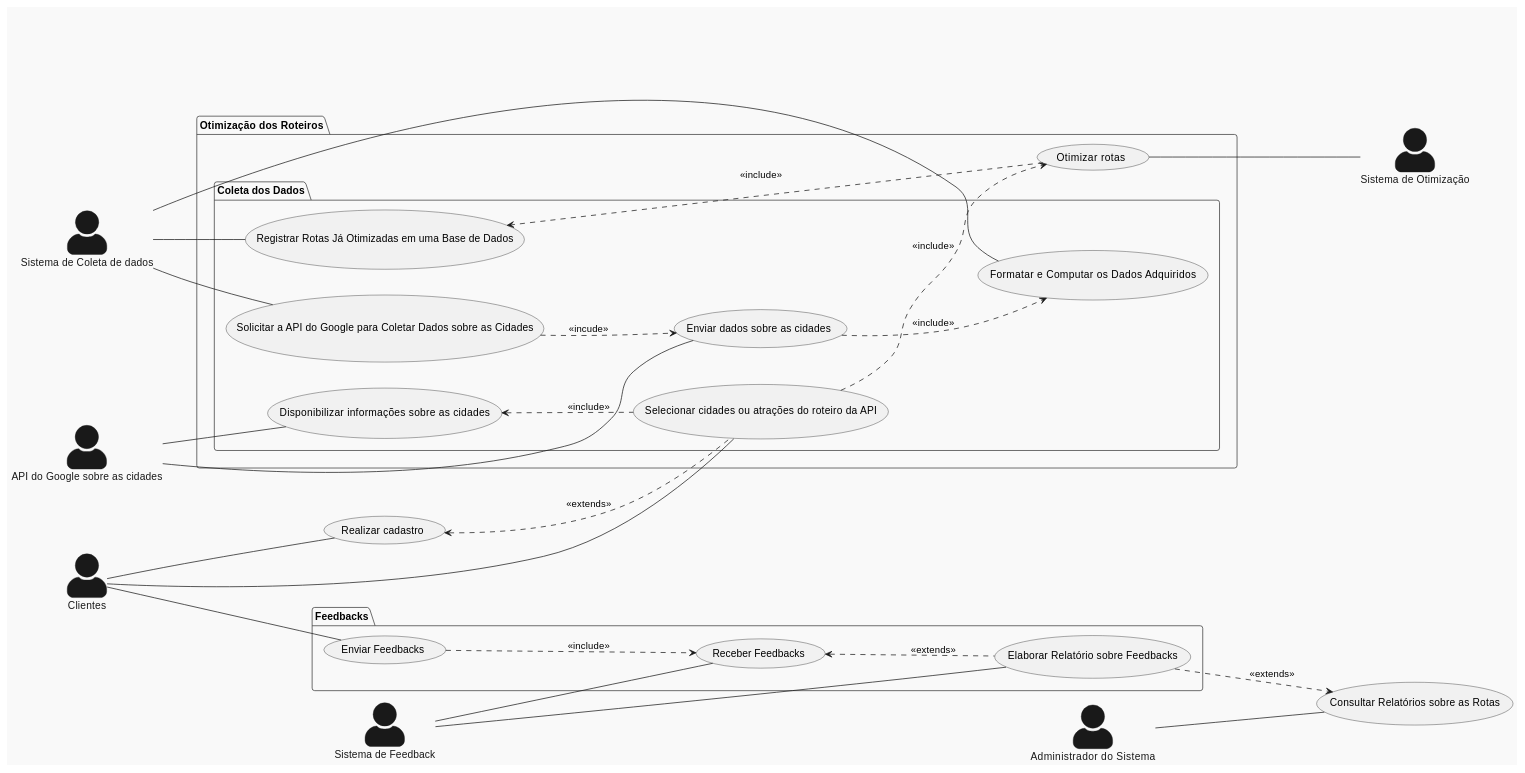
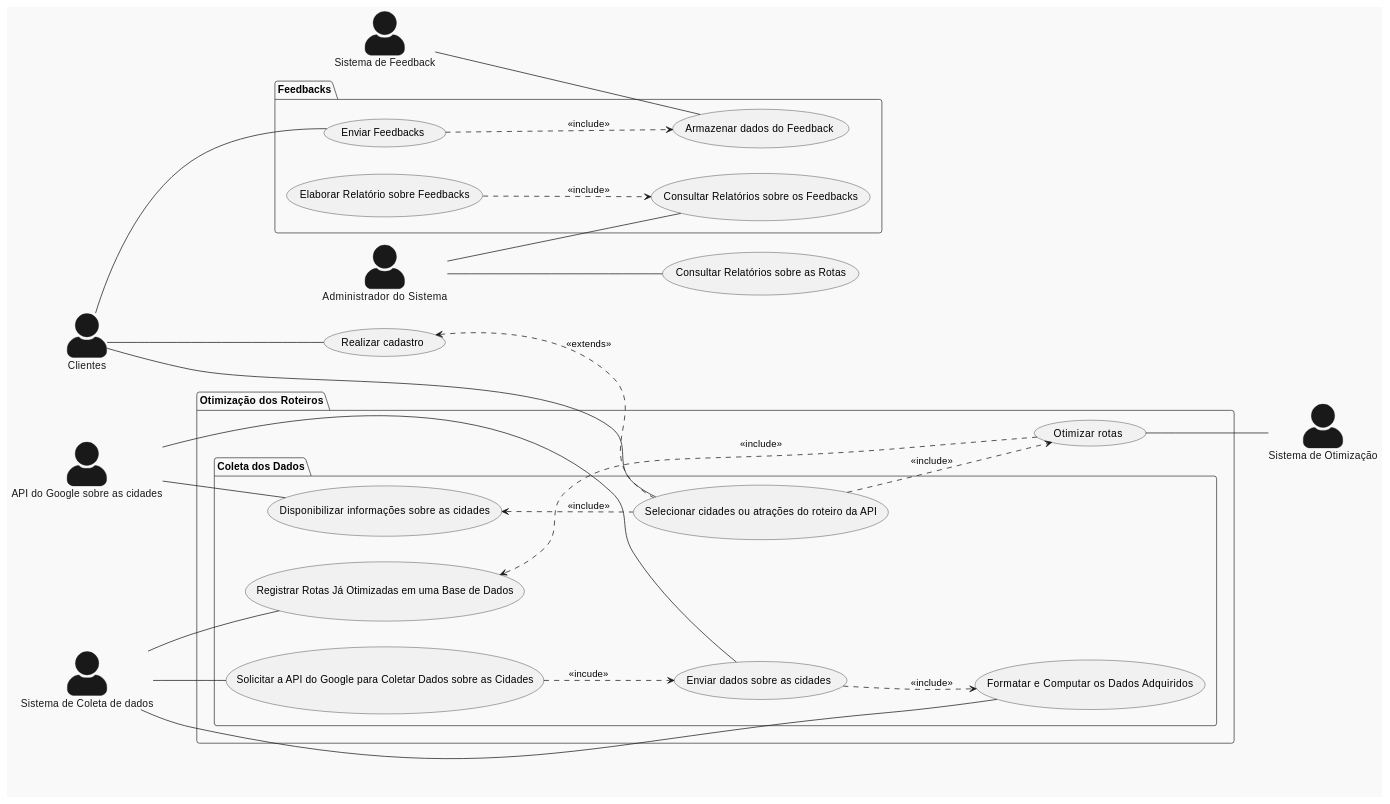
One commit to pedrodilallo/site_turismo_SIG changed the diagram in Relatório/Semana-1/Diagramas/DCU.md. Above: the diagram before and after it, drawn with PlantUML. The commit also changed 1 other file, not shown here.

Commit message:
Mais correções DCU

```diff
--- a/Relatório/Semana-1/Diagramas/DCU.md
+++ b/Relatório/Semana-1/Diagramas/DCU.md
@@ -1,68 +1,67 @@
 @startuml
 skinparam actorStyle awesome
 !theme mars
 left to right direction
 
 actor "Clientes" as cliente
 actor "API do Google sobre as cidades" as API
 actor "Sistema de Otimização" as  otimizador
 actor "Administrador do Sistema" as sys_admin
 actor "Sistema de Feedback" as feedback
 actor "Sistema de Coleta de dados" as coletador
 
 cliente -- (Realizar cadastro)
 
 
 
 
 package "Otimização dos Roteiros"{
 
 
 (Otimizar rotas) -- otimizador 
 
     package "Coleta dos Dados"{
         cliente -- (Selecionar cidades ou atrações do roteiro da API)
         (Selecionar cidades ou atrações do roteiro da API) ..> (Otimizar rotas): <<include>>
         (Solicitar a API do Google para Coletar Dados sobre as Cidades) ..> (Enviar dados sobre as cidades) : <<incude>>
         coletador -- (Solicitar a API do Google para Coletar Dados sobre as Cidades)
         coletador -- (Registrar Rotas Já Otimizadas em uma Base de Dados)
         coletador -- (Formatar e Computar os Dados Adquiridos)
         API -- (Enviar dados sobre as cidades)
         API -- (Disponibilizar informações sobre as cidades)
         (Disponibilizar informações sobre as cidades) <.. (Selecionar cidades ou atrações do roteiro da API) : <<include>>
         (Otimizar rotas) ..> (Registrar Rotas Já Otimizadas em uma Base de Dados) : <<include>>
 
 
     }
 
 
 
 }
 
 
 
 sys_admin -- (Consultar Relatórios sobre as Rotas)
 
 
 
 
 (Realizar cadastro) <.. (Selecionar cidades ou atrações do roteiro da API) : <<extends>>
 (Enviar dados sobre as cidades) ..> (Formatar e Computar os Dados Adquiridos) : <<include>>
 
 
 package "Feedbacks"{
 
-(Enviar Feedbacks) ..> (Receber Feedbacks) : <<include>>
-(Receber Feedbacks) <.. (Elaborar Relatório sobre Feedbacks) : <<extends>>
-(Elaborar Relatório sobre Feedbacks) ..> (Consultar Relatórios sobre as Rotas) : <<extends>>
+(Enviar Feedbacks) ..> (Armazenar dados do Feedback) : <<include>>
+(Elaborar Relatório sobre Feedbacks) ..> (Consultar Relatórios sobre os Feedbacks) : <<include>>
 cliente -- (Enviar Feedbacks)
-feedback -- (Receber Feedbacks)
-feedback -- (Elaborar Relatório sobre Feedbacks)
+feedback -- (Armazenar dados do Feedback)
+sys_admin -- (Consultar Relatórios sobre os Feedbacks)
 
 
 
 }
 
 
 
 @enduml
```
